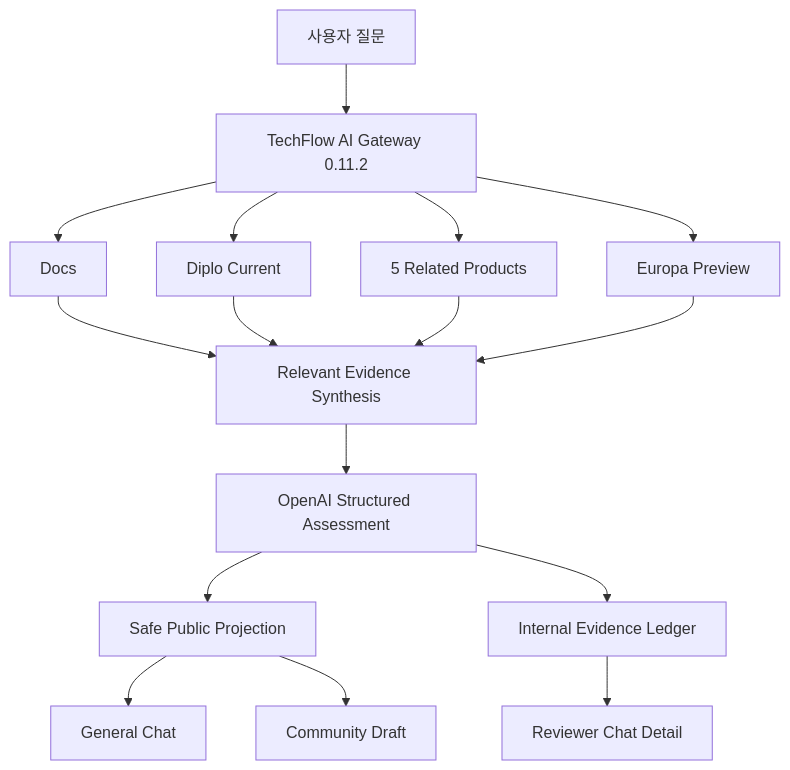
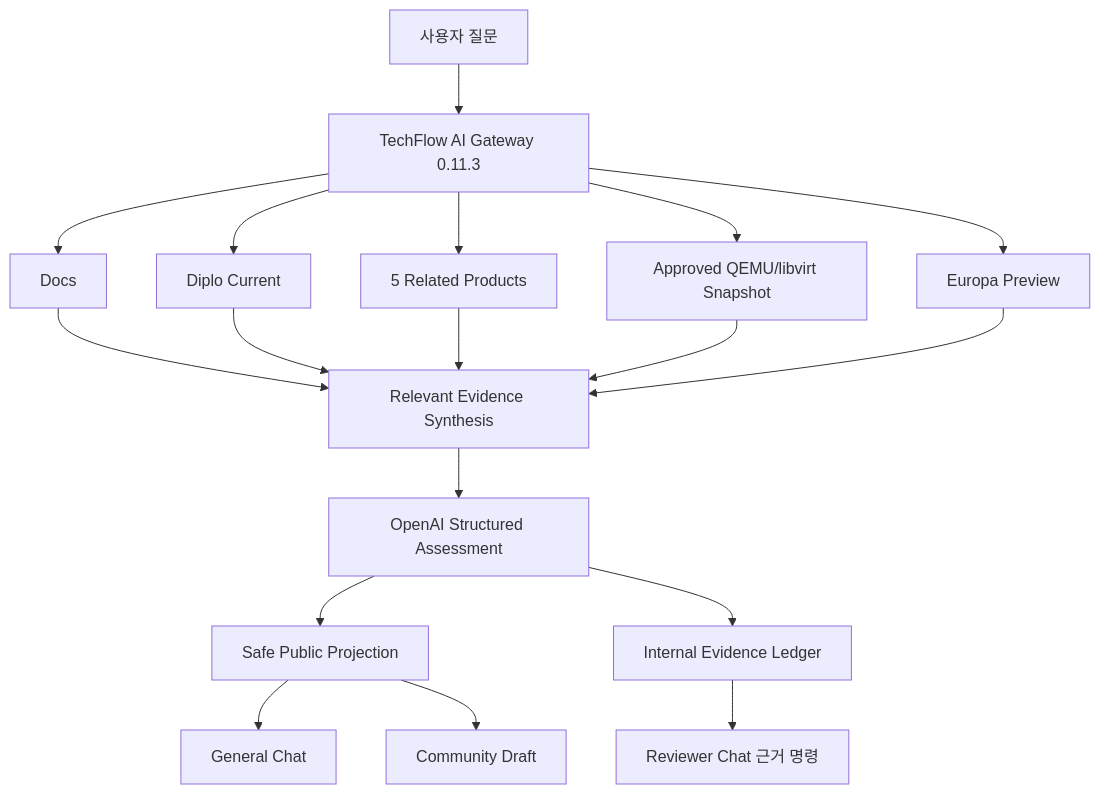
Before and after one commit to ablecloud-team/ablestack-techflow: the diagram in docs/reports/issues-62-63-versioned-safe-answer-validation.md, drawn with Mermaid. The commit also changed other lines of this file and 25 other files, not shown here.

````diff
--- a/docs/reports/issues-62-63-versioned-safe-answer-validation.md
+++ b/docs/reports/issues-62-63-versioned-safe-answer-validation.md
@@ -19,18 +23,20 @@
 ```mermaid
 flowchart TB
-    U["사용자 질문"] --> G["TechFlow AI Gateway 0.11.2"]
+    U["사용자 질문"] --> G["TechFlow AI Gateway 0.11.3"]
     G --> D["Docs"]
     G --> C["Diplo Current"]
     G --> O["5 Related Products"]
+    G --> Q["Approved QEMU/libvirt Snapshot"]
     G --> E["Europa Preview"]
     D --> X["Relevant Evidence Synthesis"]
     C --> X
     O --> X
+    Q --> X
     E --> X
     X --> R["OpenAI Structured Assessment"]
     R --> P["Safe Public Projection"]
     R --> L["Internal Evidence Ledger"]
     P --> CH["General Chat"]
     P --> CO["Community Draft"]
-    L --> RV["Reviewer Chat Detail"]
+    L --> RV["Reviewer Chat 근거 명령"]
 ```
````
